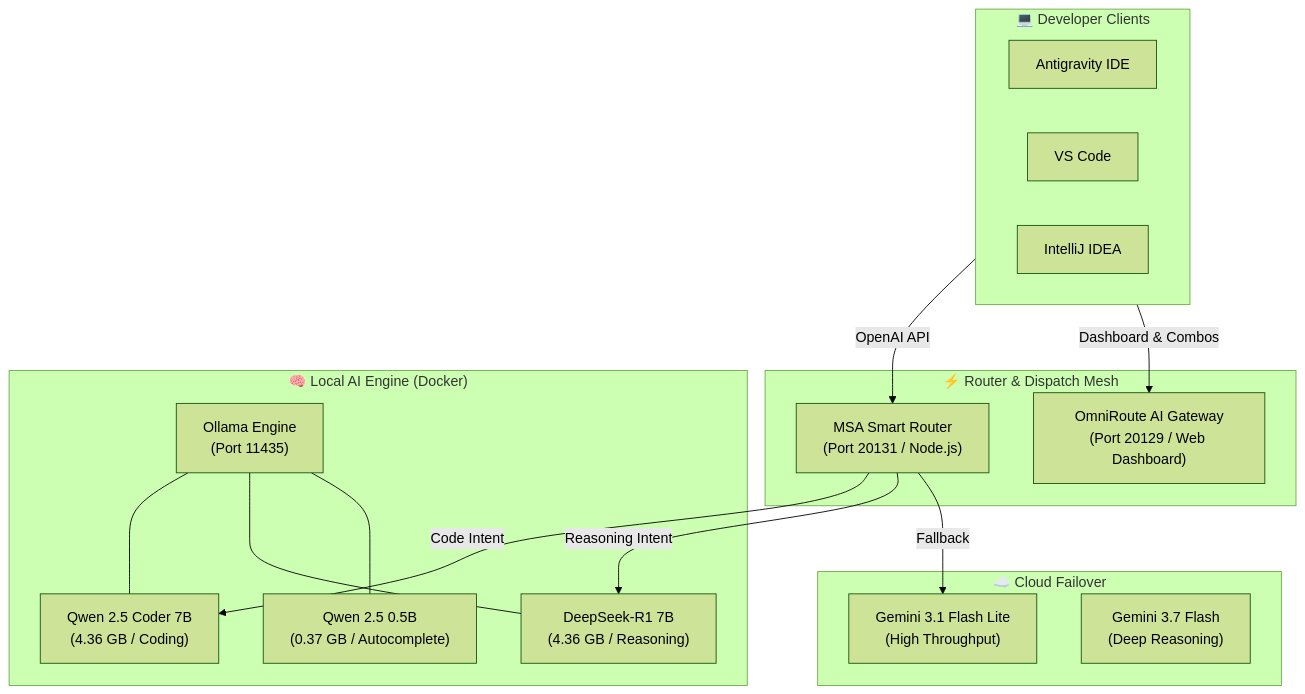
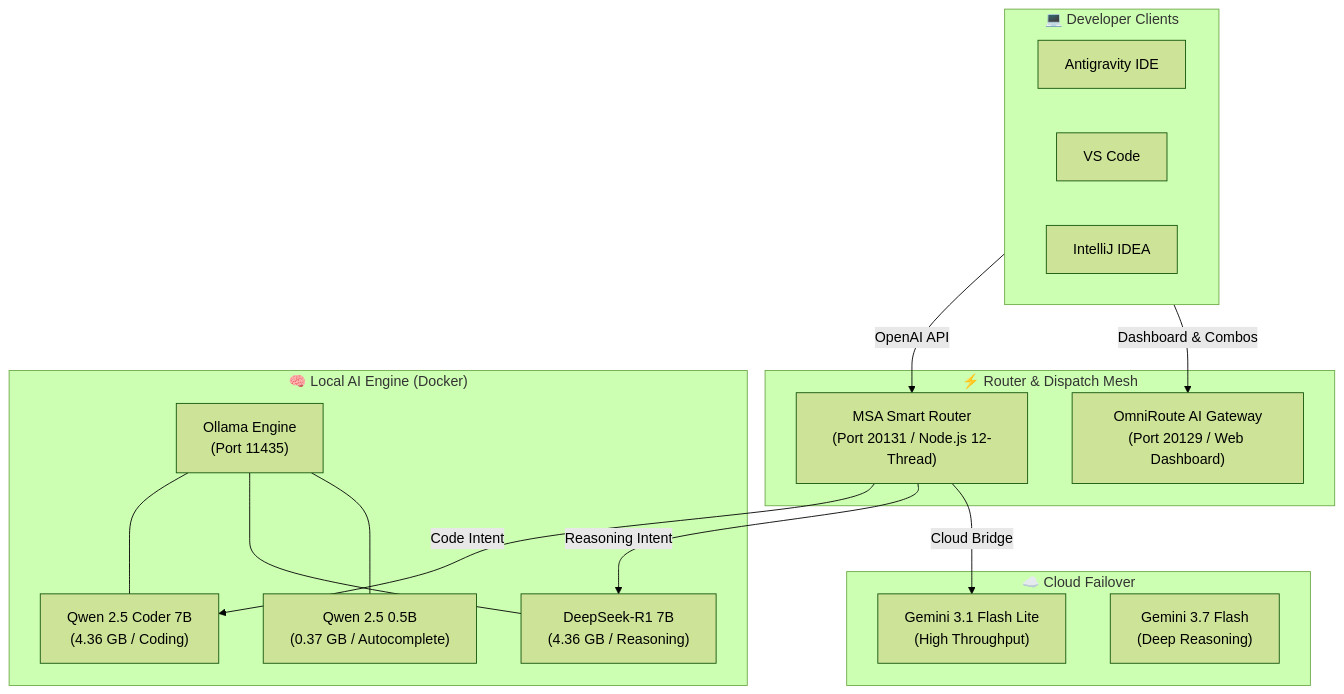
The first of 3 diagrams in README.md (Sadique721/MSA-Router), drawn with Mermaid (forest theme) before and after one commit. The commit also changed other lines of this file, not shown here.

````diff
--- a/README.md
+++ b/README.md
@@ -116,34 +128,34 @@
 ```mermaid
 graph TD
     subgraph ClientLayer [" 💻 Developer Clients "]
         IDE1["Antigravity IDE"]
         IDE2["VS Code"]
         IDE3["IntelliJ IDEA"]
     end
 
     subgraph RouterLayer [" ⚡ Router & Dispatch Mesh "]
-        Router["MSA Smart Router<br/>(Port 20131 / Node.js)"]
+        Router["MSA Smart Router<br/>(Port 20131 / Node.js 12-Thread)"]
         Omni["OmniRoute AI Gateway<br/>(Port 20129 / Web Dashboard)"]
     end
 
     subgraph LLMLayer [" 🧠 Local AI Engine (Docker) "]
         Ollama["Ollama Engine<br/>(Port 11435)"]
         Qwen7B["Qwen 2.5 Coder 7B<br/>(4.36 GB / Coding)"]
         DeepSeek7B["DeepSeek-R1 7B<br/>(4.36 GB / Reasoning)"]
         QwenFast["Qwen 2.5 0.5B<br/>(0.37 GB / Autocomplete)"]
     end
 
     subgraph CloudLayer [" ☁️ Cloud Failover "]
         GeminiFlash["Gemini 3.1 Flash Lite<br/>(High Throughput)"]
         Gemini37["Gemini 3.7 Flash<br/>(Deep Reasoning)"]
     end
 
     ClientLayer -->|OpenAI API| Router
     ClientLayer -->|Dashboard & Combos| Omni
     Router -->|Code Intent| Qwen7B
     Router -->|Reasoning Intent| DeepSeek7B
-    Router -->|Fallback| GeminiFlash
+    Router -->|Cloud Bridge| GeminiFlash
     Ollama --- Qwen7B
     Ollama --- DeepSeek7B
     Ollama --- QwenFast
 ```
````
